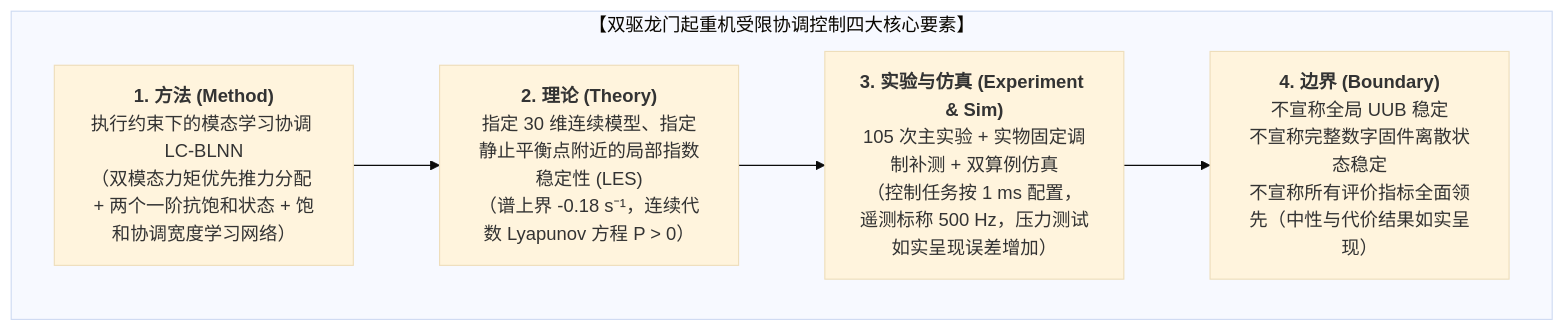
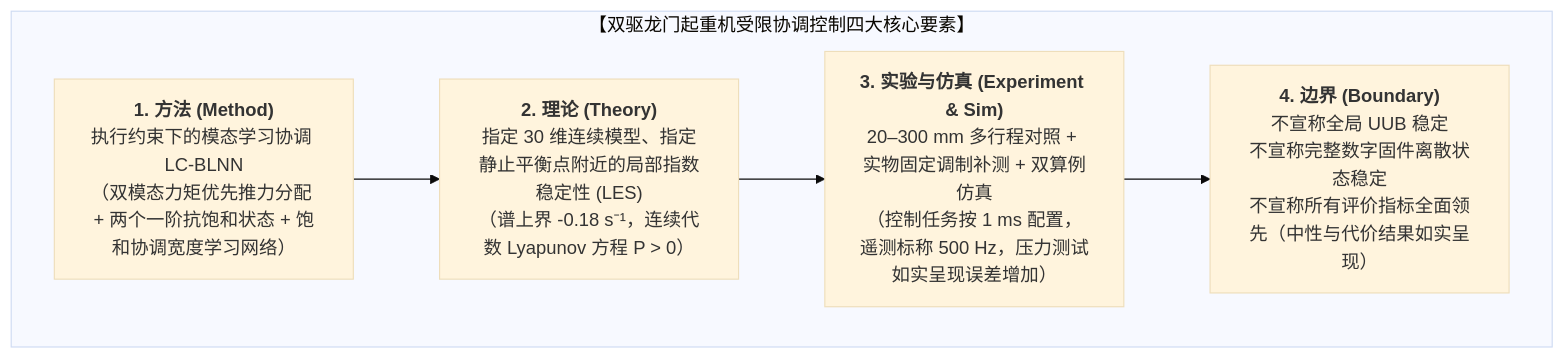
One commit to comhza007-prog/LC-BLNN changed the diagram in materials/00_论文写作事实清单与终版入口.md. Above: the diagram before and after it, drawn with Mermaid (base theme). The commit also changed other lines of this file and 17 other files, not shown here.

````diff
--- a/materials/00_论文写作事实清单与终版入口.md
+++ b/materials/00_论文写作事实清单与终版入口.md
@@ -11,12 +11,12 @@
 ```mermaid
 flowchart TD
     subgraph 论文四大核心要素 ["【双驱龙门起重机受限协调控制四大核心要素】"]
         M["<b>1. 方法 (Method)</b><br>执行约束下的模态学习协调 LC-BLNN<br>（双模态力矩优先推力分配 + 两个一阶抗饱和状态 + 饱和协调宽度学习网络）"]
         T["<b>2. 理论 (Theory)</b><br>指定 30 维连续模型、指定静止平衡点附近的局部指数稳定性 (LES)<br>（谱上界 -0.18 s⁻¹，连续代数 Lyapunov 方程 P > 0）"]
-        E["<b>3. 实验与仿真 (Experiment & Sim)</b><br>105 次主实验 + 实物固定调制补测 + 双算例仿真<br>（控制任务按 1 ms 配置，遥测标称 500 Hz，压力测试如实呈现误差增加）"]
+        E["<b>3. 实验与仿真 (Experiment & Sim)</b><br>20–300 mm 多行程对照 + 实物固定调制补测 + 双算例仿真<br>（控制任务按 1 ms 配置，遥测标称 500 Hz，压力测试如实呈现误差增加）"]
         B["<b>4. 边界 (Boundary)</b><br>不宣称全局 UUB 稳定<br>不宣称完整数字固件离散状态稳定<br>不宣称所有评价指标全面领先（中性与代价结果如实呈现）"]
     end
     M --> T
     T --> E
     E --> B
 ```
````
